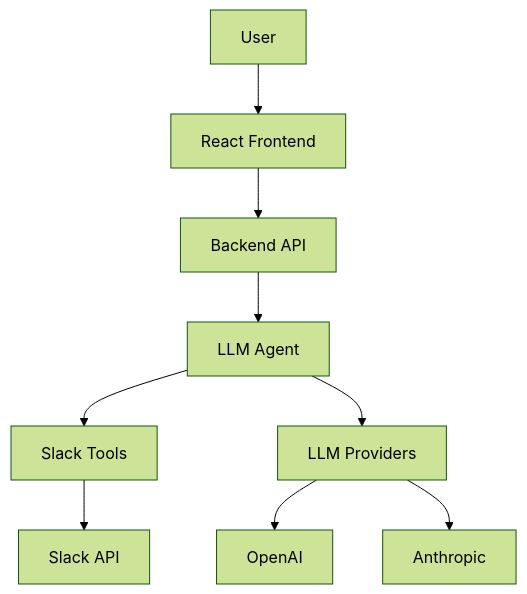
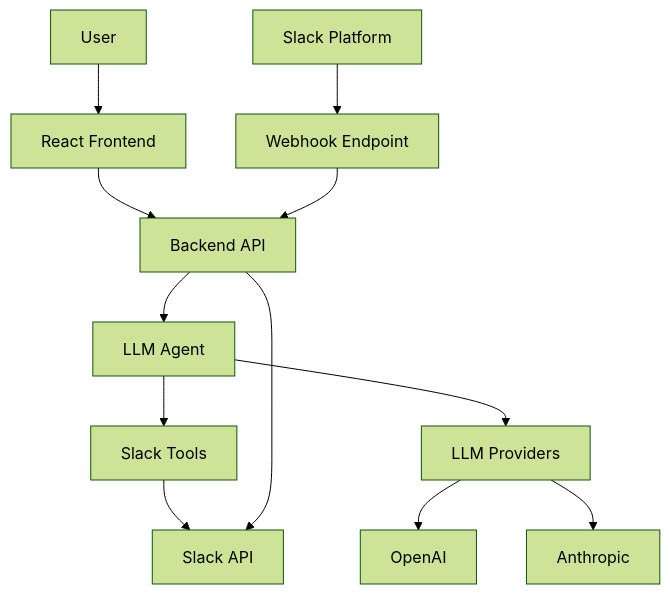
One commit to hechtcarmel/slack-knowledge-agent changed the diagram in docs/PROJECT_OVERVIEW.md. Above: the diagram before and after it, drawn with Mermaid (forest theme). The commit also changed other lines of this file and 22 other files, not shown here.

First line of the commit message:
feat: implement real-time webhook integration and enhance Slack event handling

````diff
--- a/docs/PROJECT_OVERVIEW.md
+++ b/docs/PROJECT_OVERVIEW.md
@@ -31,11 +33,14 @@
 ```mermaid
 graph TB
     User[User] --> Frontend[React Frontend]
+    Slack[Slack Platform] --> Webhook[Webhook Endpoint]
     Frontend --> API[Backend API]
+    Webhook --> API
     API --> Agent[LLM Agent]
     Agent --> Tools[Slack Tools]
-    Tools --> Slack[Slack API]
+    Tools --> SlackAPI[Slack API]
     Agent --> LLM[LLM Providers]
     LLM --> OpenAI[OpenAI]
     LLM --> Anthropic[Anthropic]
+    API --> SlackAPI
 ```
````
